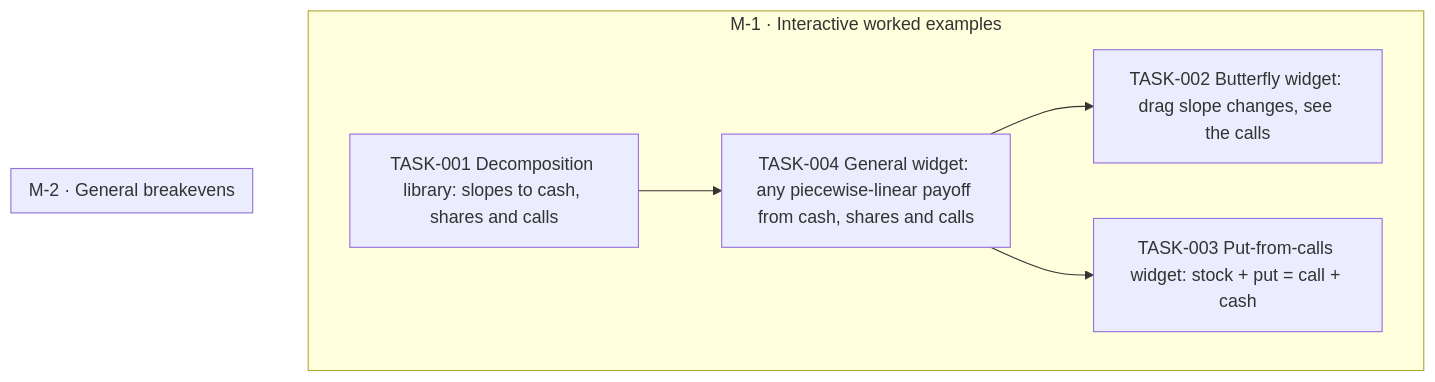
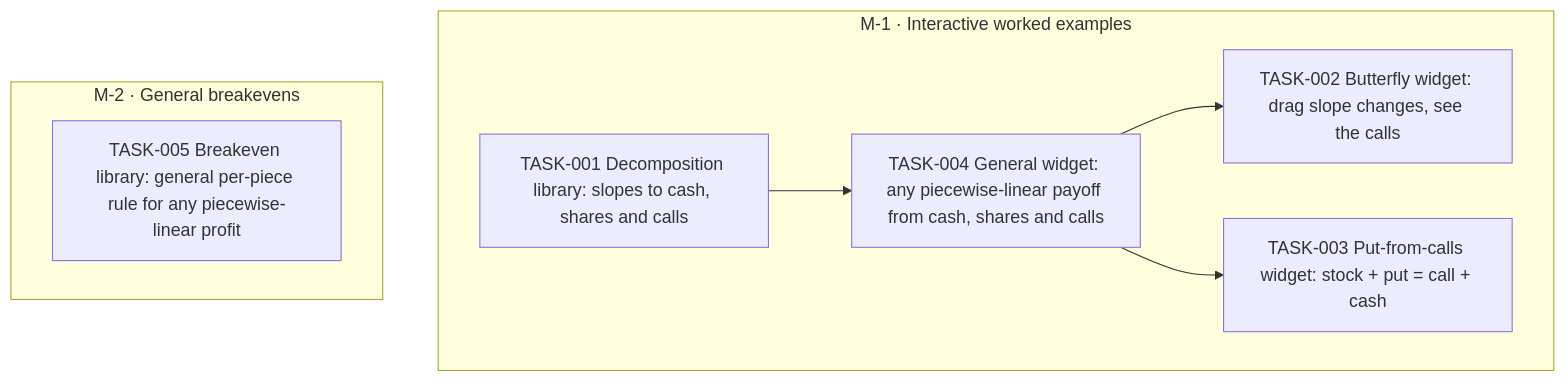
The diagram in goals/improve-viz/README.md (all-explained/options-explained), drawn with Mermaid before and after one commit. The commit also changed 1 other file, not shown here.

Commit message:
goal(improve-viz): add TASK-005 Breakeven library: general per-piece rule for any piecewise-linear profit

````diff
--- a/goals/improve-viz/README.md
+++ b/goals/improve-viz/README.md
@@ -25,17 +25,18 @@
 ```mermaid
 flowchart TD
   subgraph M_1["M-1 · Interactive worked examples"]
     TASK_001["TASK-001 Decomposition library: slopes to cash, shares and calls"]
     TASK_002["TASK-002 Butterfly widget: drag slope changes, see the calls"]
     TASK_003["TASK-003 Put-from-calls widget: stock + put = call + cash"]
     TASK_004["TASK-004 General widget: any piecewise-linear payoff from cash, shares and calls"]
   end
   subgraph M_2["M-2 · General breakevens"]
+    TASK_005["TASK-005 Breakeven library: general per-piece rule for any piecewise-linear profit"]
   end
   TASK_004 --> TASK_002
   TASK_004 --> TASK_003
   TASK_001 --> TASK_004
   classDef draft stroke-dasharray: 4 3
   classDef cancelled opacity:0.45
   classDef decision fill:#f3e8ff,stroke:#7c3aed
 ```
````
